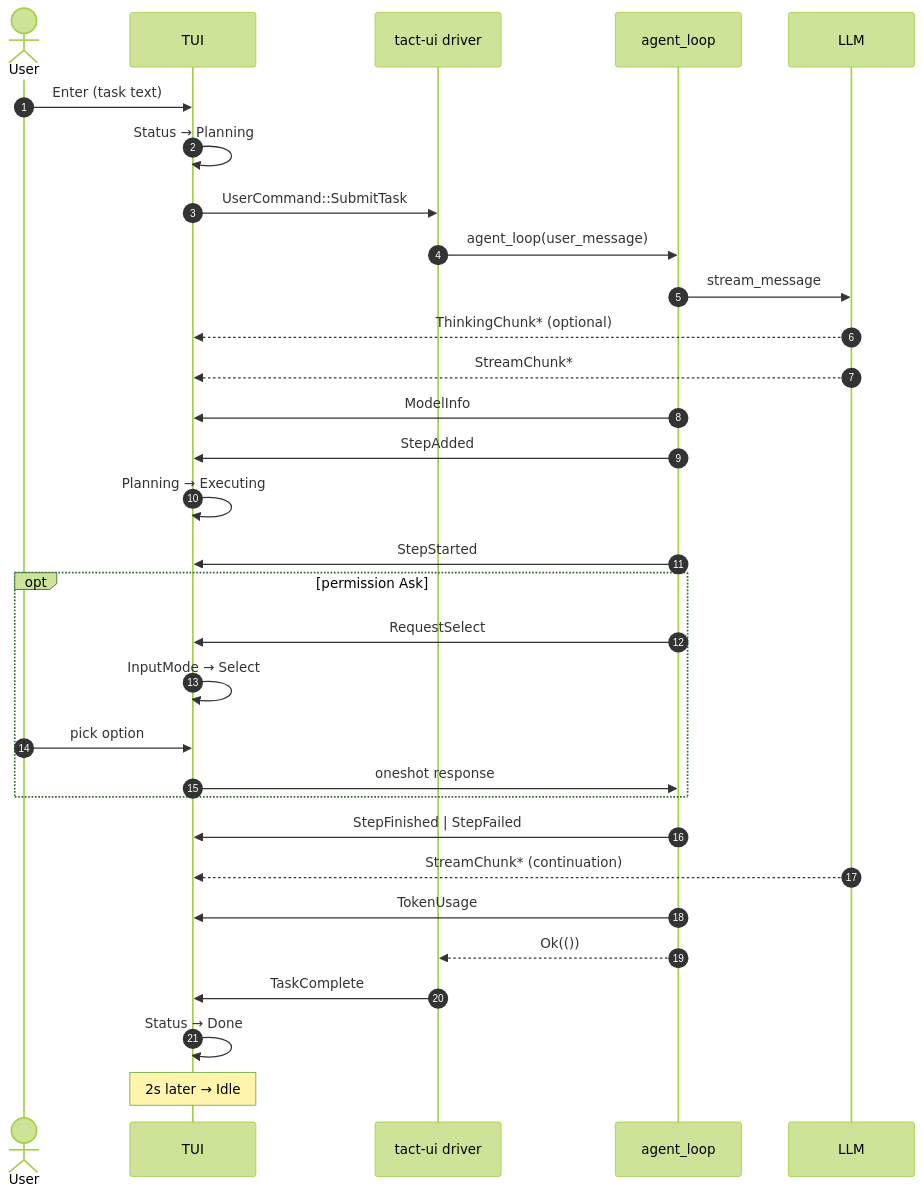
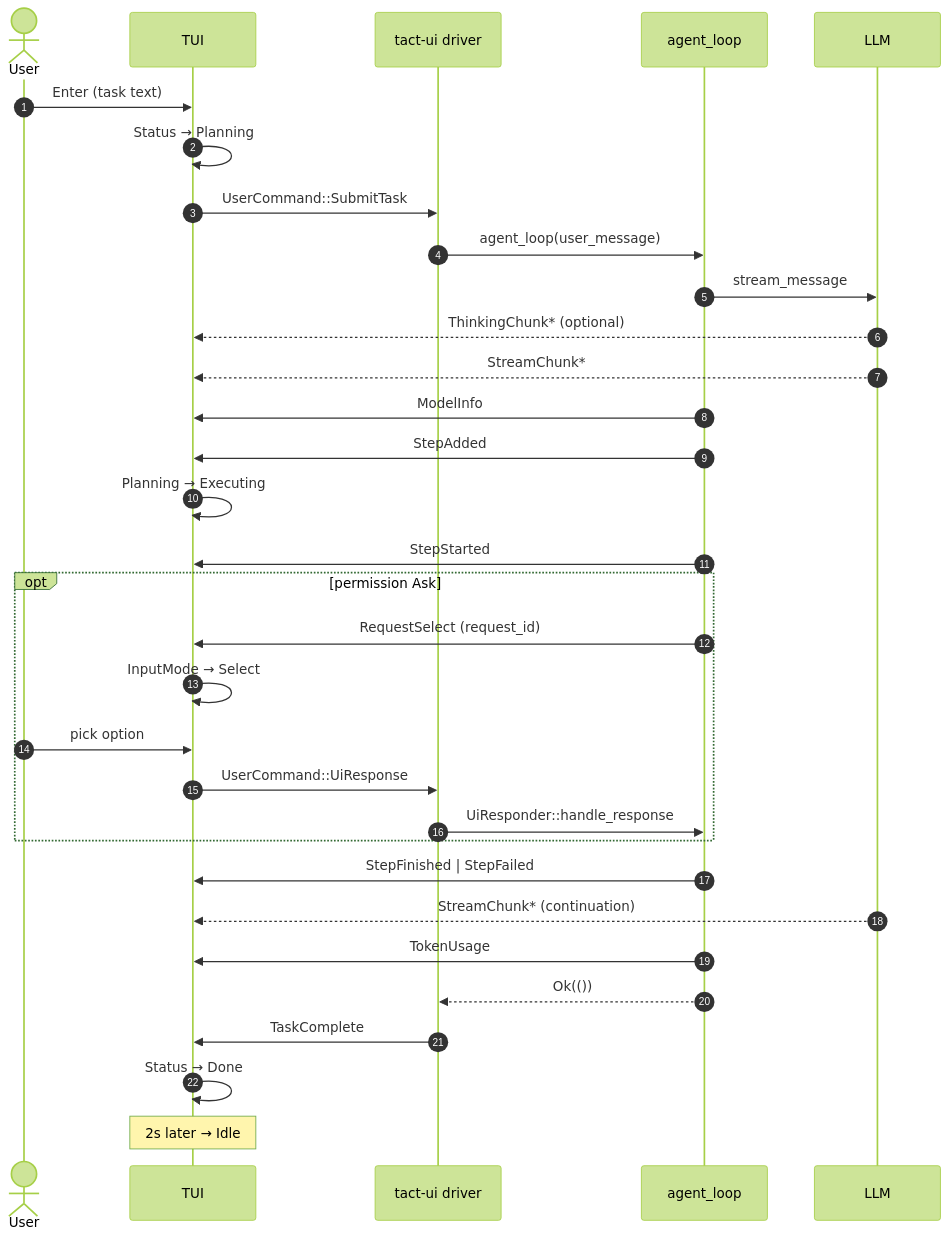
Before and after one commit to rust-infra/tact: the ninth of 9 diagrams in book/25_chapter_protocol.md, drawn with Mermaid (forest theme). The commit also changed other lines of this file and 31 other files, not shown here.

First line of the commit message:
feat: route select requests through UiResponder + bump v1.1.25 (#76)

````diff
--- a/book/25_chapter_protocol.md
+++ b/book/25_chapter_protocol.md
@@ -376,39 +389,40 @@
 ```mermaid
 sequenceDiagram
     autonumber
     actor User
     participant TUI
     participant Driver as tact-ui driver
     participant Agent as agent_loop
     participant LLM
 
     User->>TUI: Enter (task text)
     TUI->>TUI: Status → Planning
     TUI->>Driver: UserCommand::SubmitTask
 
     Driver->>Agent: agent_loop(user_message)
     Agent->>LLM: stream_message
     LLM-->>TUI: ThinkingChunk* (optional)
     LLM-->>TUI: StreamChunk*
     Agent->>TUI: ModelInfo
 
     Agent->>TUI: StepAdded
     TUI->>TUI: Planning → Executing
     Agent->>TUI: StepStarted
 
     opt permission Ask
-        Agent->>TUI: RequestSelect
+        Agent->>TUI: RequestSelect (request_id)
         TUI->>TUI: InputMode → Select
         User->>TUI: pick option
-        TUI->>Agent: oneshot response
+        TUI->>Driver: UserCommand::UiResponse
+        Driver->>Agent: UiResponder::handle_response
     end
 
     Agent->>TUI: StepFinished | StepFailed
     LLM-->>TUI: StreamChunk* (continuation)
     Agent->>TUI: TokenUsage
 
     Agent-->>Driver: Ok(())
     Driver->>TUI: TaskComplete
     TUI->>TUI: Status → Done
     Note over TUI: 2s later → Idle
 ```
````
